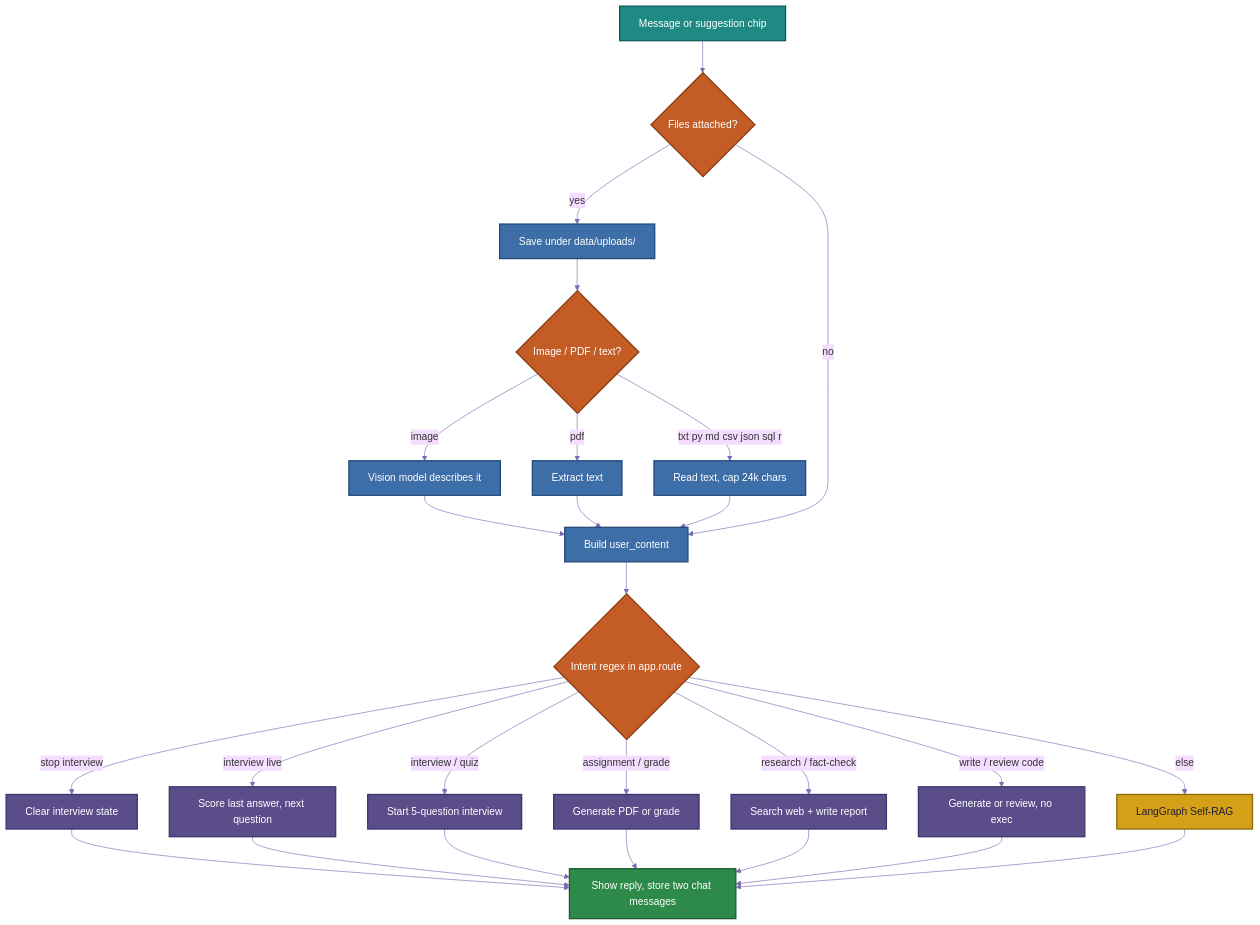
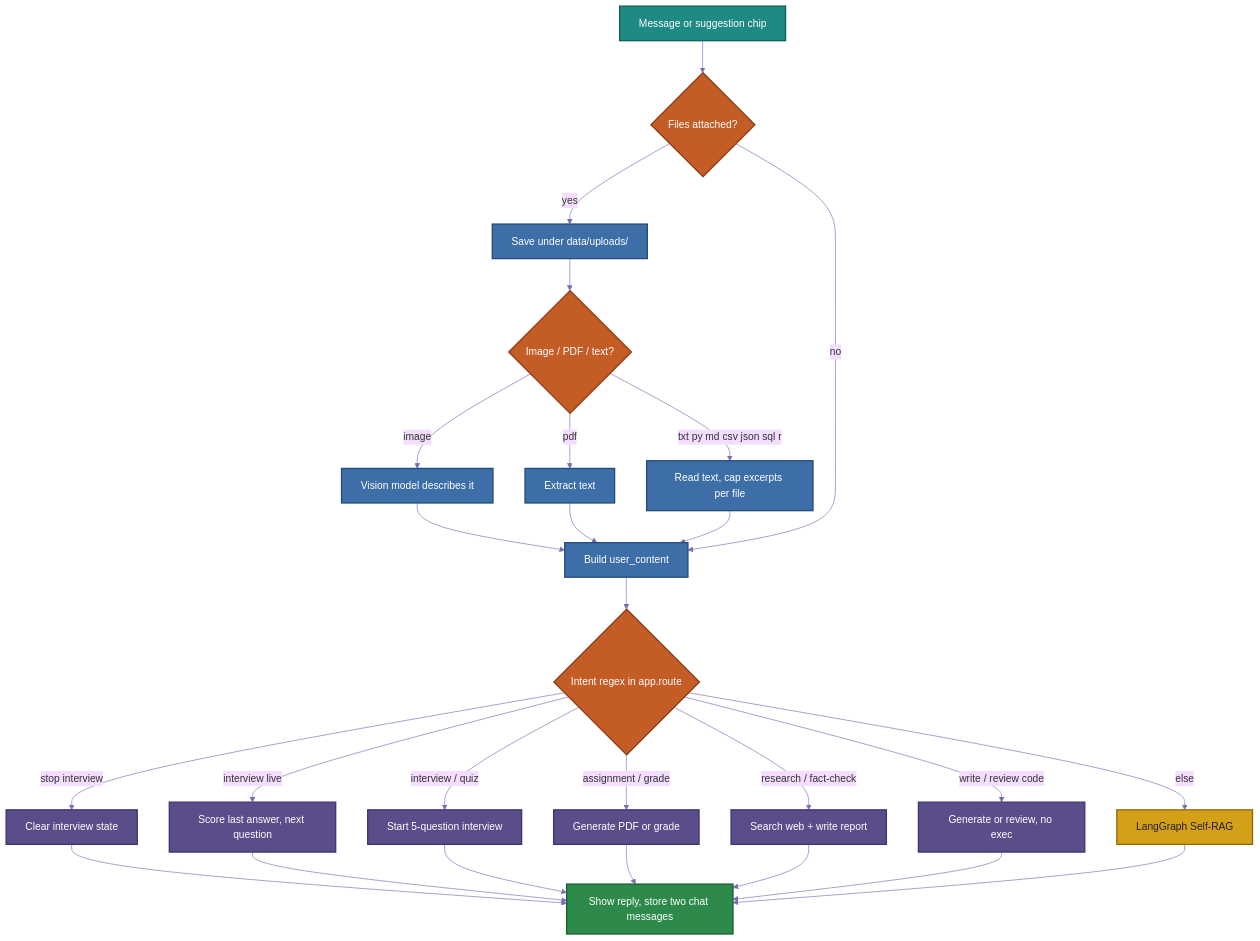
One commit to Hisingh11/data-science-tutor changed the second of 4 diagrams in README.md. Above: the diagram before and after it, drawn with Mermaid. The commit also changed other lines of this file, not shown here.

````diff
--- a/README.md
+++ b/README.md
@@ -194,49 +194,49 @@
 ```mermaid
 %%{init: {
   "theme": "base",
   "themeVariables": {
     "lineColor": "#7a6bb5",
     "fontFamily": "Segoe UI, sans-serif"
   }
 }}%%
 flowchart TD
   A["Message or suggestion chip"] --> B{"Files attached?"}
   B -->|yes| C["Save under data/uploads/"]
   C --> D{"Image / PDF / text?"}
   D -->|image| E["Vision model describes it"]
   D -->|pdf| F["Extract text"]
-  D -->|txt py md csv json sql r| G["Read text, cap 24k chars"]
+  D -->|txt py md csv json sql r| G["Read text, cap excerpts per file"]
   E --> H["Build user_content"]
   F --> H
   G --> H
   B -->|no| H
   H --> I{"Intent regex in app.route"}
   I -->|stop interview| J["Clear interview state"]
   I -->|interview live| K["Score last answer, next question"]
   I -->|interview / quiz| L["Start 5-question interview"]
   I -->|assignment / grade| M["Generate PDF or grade"]
   I -->|research / fact-check| N["Search web + write report"]
   I -->|write / review code| O["Generate or review, no exec"]
   I -->|else| P["LangGraph Self-RAG"]
   J --> Q["Show reply, store two chat messages"]
   K --> Q
   L --> Q
   M --> Q
   N --> Q
   O --> Q
   P --> Q
 
   classDef start fill:#1f8a84,stroke:#0f5c58,color:#fff,stroke-width:2px
   classDef decision fill:#c45c26,stroke:#8a3d14,color:#fff,stroke-width:2px
   classDef file fill:#3d6ea8,stroke:#244a78,color:#fff,stroke-width:2px
   classDef special fill:#5b4d8a,stroke:#3d3470,color:#fff,stroke-width:2px
   classDef chat fill:#d4a017,stroke:#8a6a0a,color:#241f33,stroke-width:2px
   classDef endn fill:#2d8a4a,stroke:#1b5c30,color:#fff,stroke-width:2px
 
   class A start
   class B,D,I decision
   class C,E,F,G,H file
   class J,K,L,M,N,O special
   class P chat
   class Q endn
 ```
````
